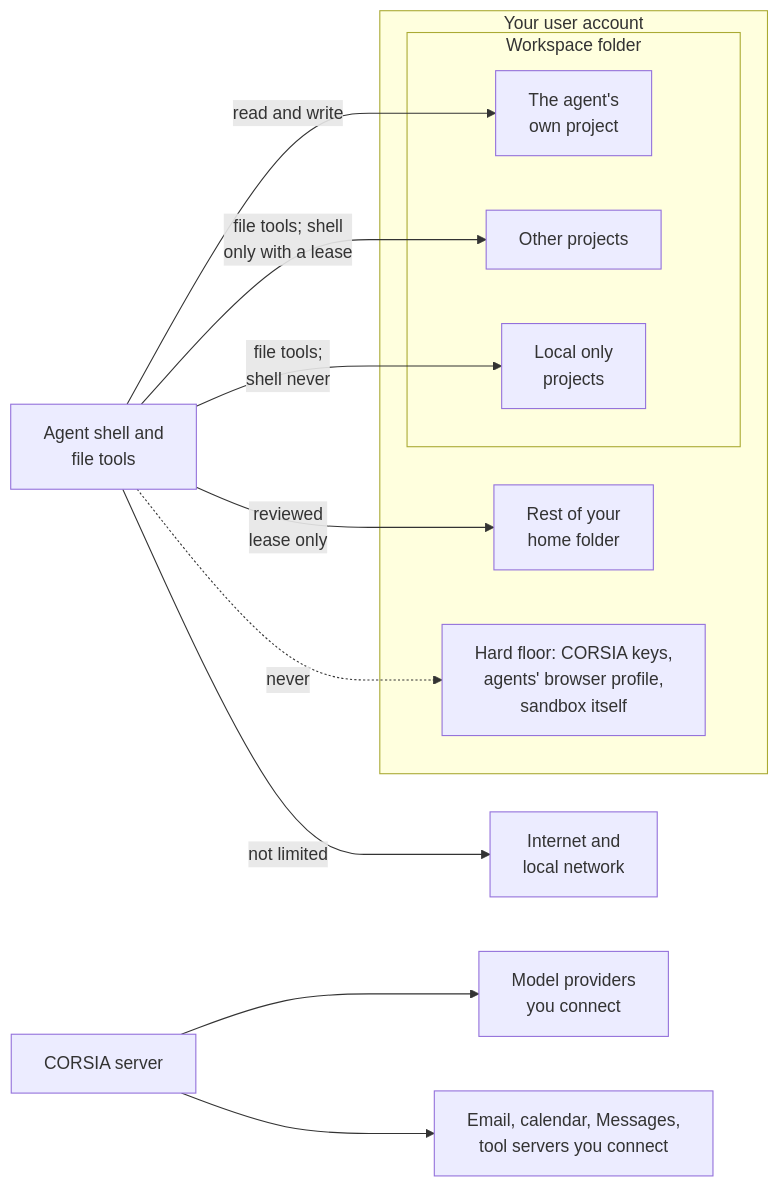
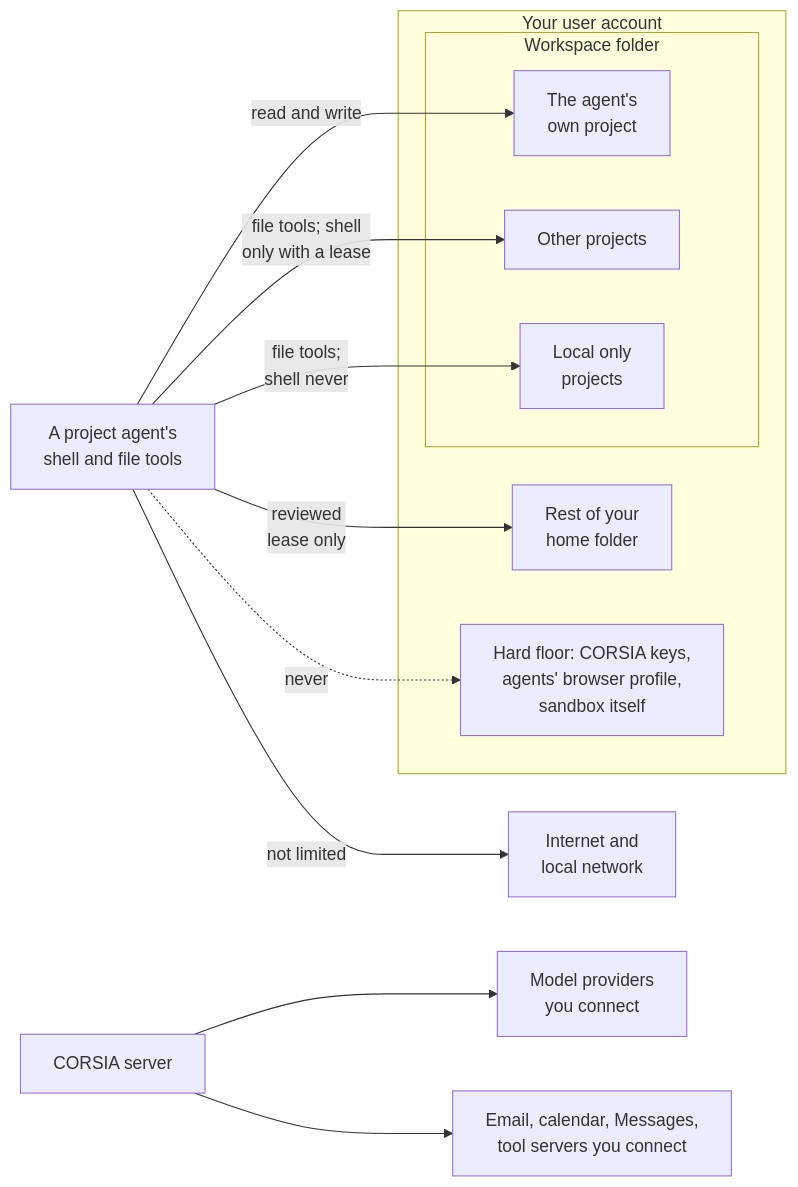
Before and after one commit to cebertowicz/corsia: the diagram in docs/security/README.md, drawn with Mermaid. The commit also changed other lines of this file and 4 other files, not shown here.

````diff
--- a/docs/security/README.md
+++ b/docs/security/README.md
@@ -9,20 +9,20 @@
 ```mermaid
 flowchart LR
     subgraph You[Your user account]
         subgraph WS[Workspace folder]
             P1[The agent's<br/>own project]
             P2[Other projects]
             P3[Local only<br/>projects]
         end
         H[Rest of your<br/>home folder]
         F[Hard floor: CORSIA keys,<br/>agents' browser profile,<br/>sandbox itself]
     end
-    A[Agent shell and<br/>file tools] -->|read and write| P1
+    A[A project agent's<br/>shell and file tools] -->|read and write| P1
     A -->|file tools; shell<br/>only with a lease| P2
     A -->|file tools;<br/>shell never| P3
     A -->|reviewed<br/>lease only| H
     A -.->|never| F
     A -->|not limited| N[Internet and<br/>local network]
     S[CORSIA server] --> M[Model providers<br/>you connect]
     S --> C[Email, calendar, Messages,<br/>tool servers you connect]
 ```
````
